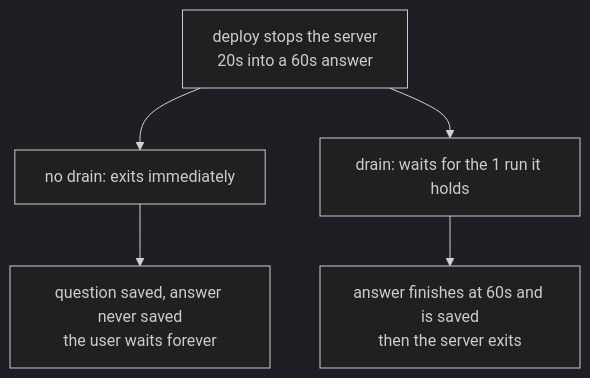
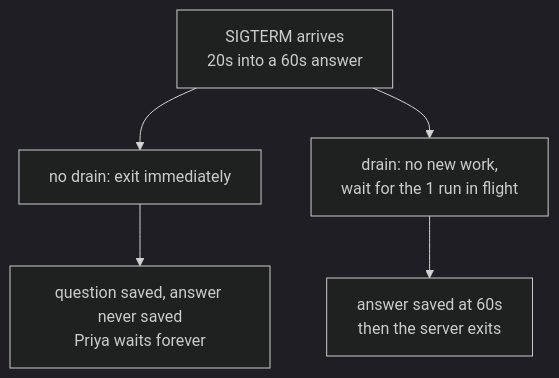
One commit to selvakumarperumal/Corporate_Filing_Analyzer_Agent changed the fourth of 15 diagrams in docs/TESTING-SCALING.md. Above: the diagram before and after it, drawn with Mermaid (dark theme). The commit also changed other lines of this file, not shown here.

Commit message:
docs: clarify in-flight drain and sweep failure modes with timeline examples and signal breakdowns

````diff
--- a/docs/TESTING-SCALING.md
+++ b/docs/TESTING-SCALING.md
@@ -414,7 +487,7 @@
 ```mermaid
 flowchart TB
-  T["deploy stops the server<br/>20s into a 60s answer"] --> N["no drain: exits immediately"]
-  T --> D["drain: waits for the 1 run it holds"]
-  N --> N2["question saved, answer never saved<br/>the user waits forever"]
-  D --> D2["answer finishes at 60s and is saved<br/>then the server exits"]
+  T["SIGTERM arrives<br/>20s into a 60s answer"] --> N["no drain: exit immediately"]
+  T --> D["drain: no new work,<br/>wait for the 1 run in flight"]
+  N --> N2["question saved, answer never saved<br/>Priya waits forever"]
+  D --> D2["answer saved at 60s<br/>then the server exits"]
 ```
````
